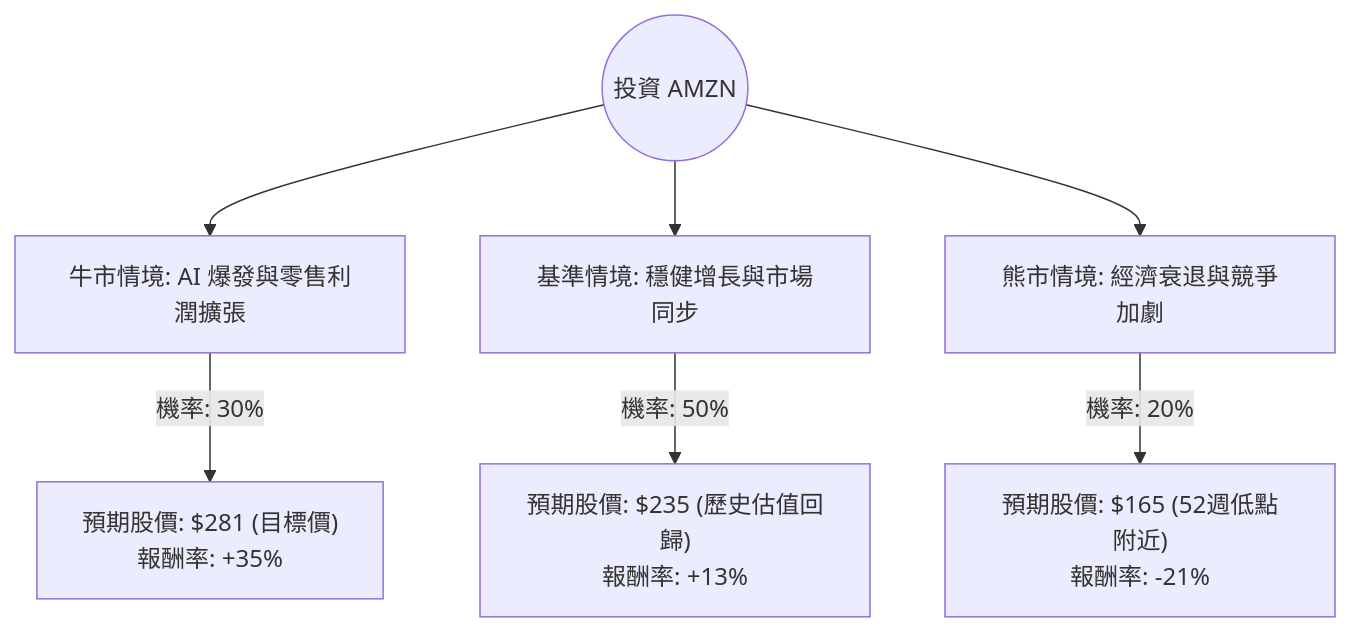
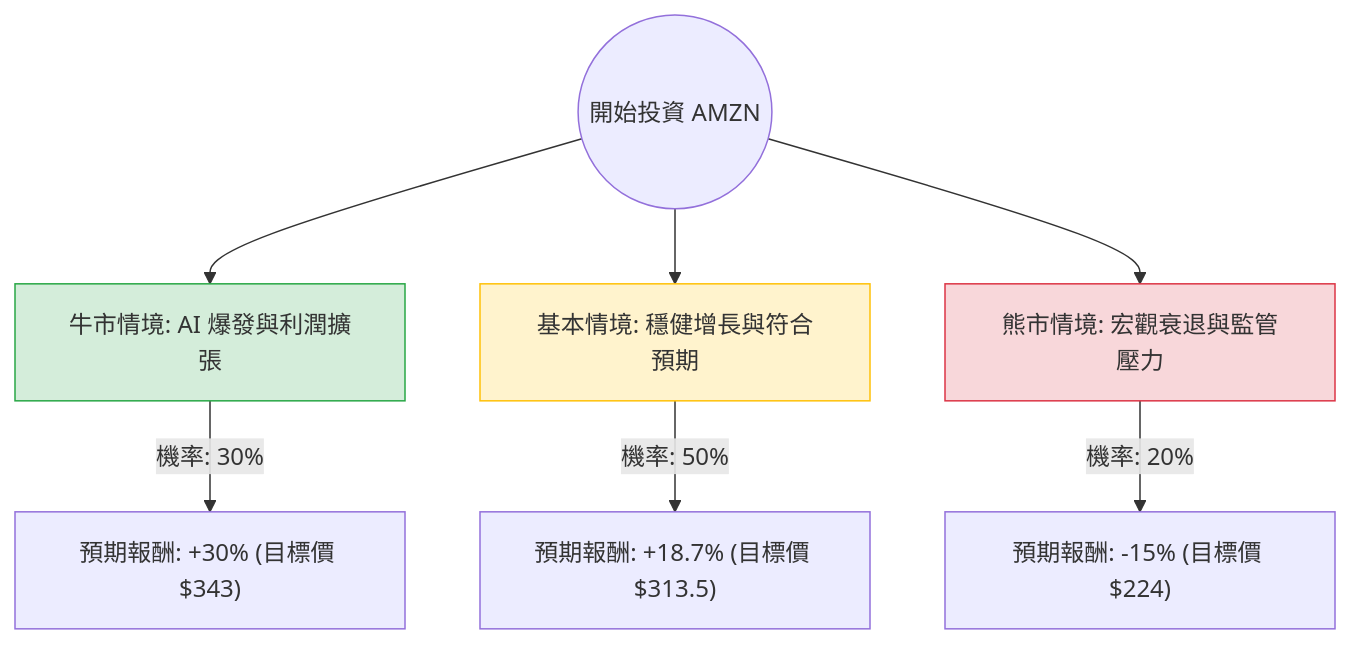
The diagram in plugin-react/ai-analysis/ev-analysis/AMZN.md (zmcx16/zmcx16.github.io), drawn with Mermaid before and after one commit. The commit also changed other lines of this file and 80 other files, not shown here.

````diff
--- a/plugin-react/ai-analysis/ev-analysis/AMZN.md
+++ b/plugin-react/ai-analysis/ev-analysis/AMZN.md
@@ -20,10 +21,14 @@
 ```mermaid
 graph TD
-    Start((投資 AMZN)) --> Bull[牛市情境: AI 爆發與零售利潤擴張]
-    Start --> Base[基準情境: 穩健增長與市場同步]
-    Start --> Bear[熊市情境: 經濟衰退與競爭加劇]
+    Start((開始投資 AMZN)) --> Bull[牛市情境: AI 爆發與利潤擴張]
+    Start --> Base[基本情境: 穩健增長與符合預期]
+    Start --> Bear[熊市情境: 宏觀衰退與監管壓力]
 
-    Bull -- "機率: 30%" --> BullVal["預期股價: $281 (目標價)<br/>報酬率: +35%"]
-    Base -- "機率: 50%" --> BaseVal["預期股價: $235 (歷史估值回歸)<br/>報酬率: +13%"]
-    Bear -- "機率: 20%" --> BearVal["預期股價: $165 (52週低點附近)<br/>報酬率: -21%"]
+    Bull -- "機率: 30%" --> BullVal["預期報酬: +30% (目標價 $343)"]
+    Base -- "機率: 50%" --> BaseVal["預期報酬: +18.7% (目標價 $313.5)"]
+    Bear -- "機率: 20%" --> BearVal["預期報酬: -15% (目標價 $224)"]
+
+    style Bull fill:#d4edda,stroke:#28a745
+    style Base fill:#fff3cd,stroke:#ffc107
+    style Bear fill:#f8d7da,stroke:#dc3545
 ```
````
